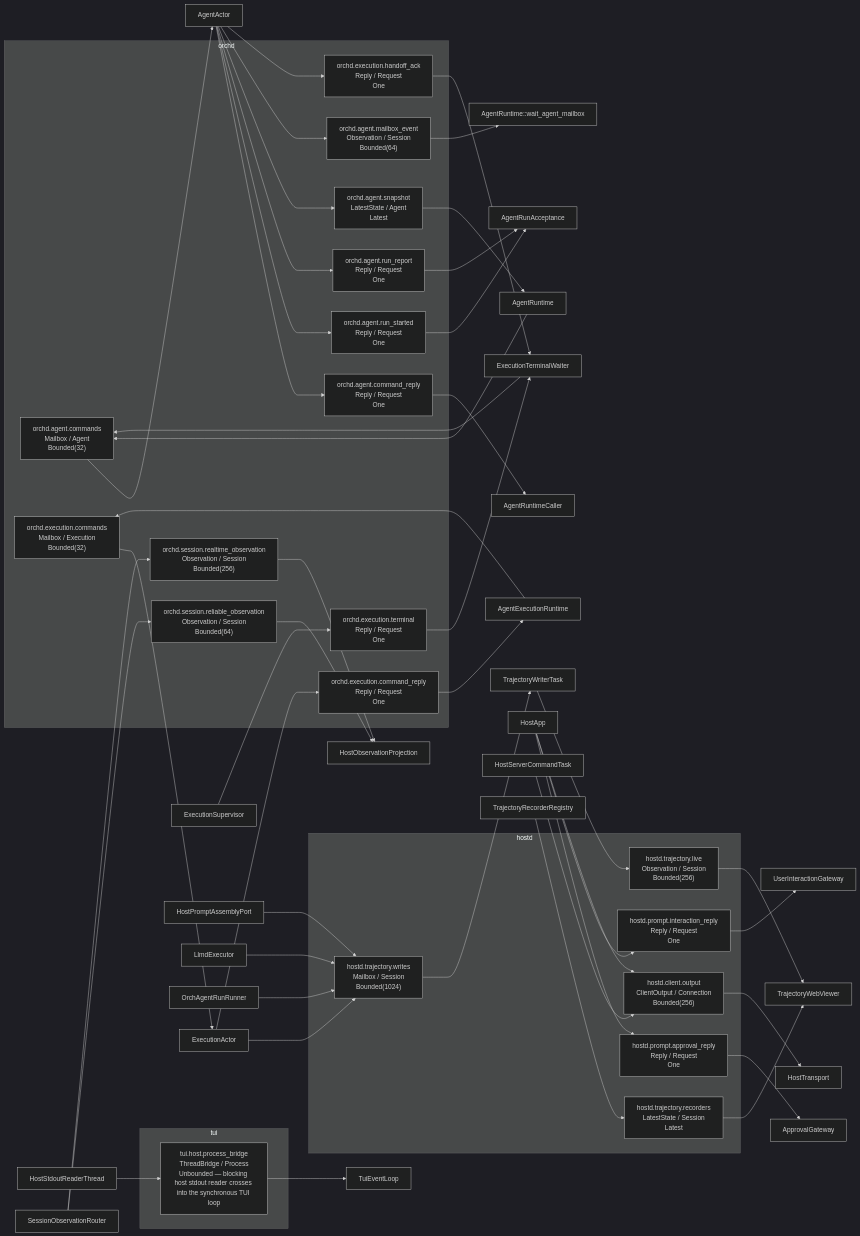
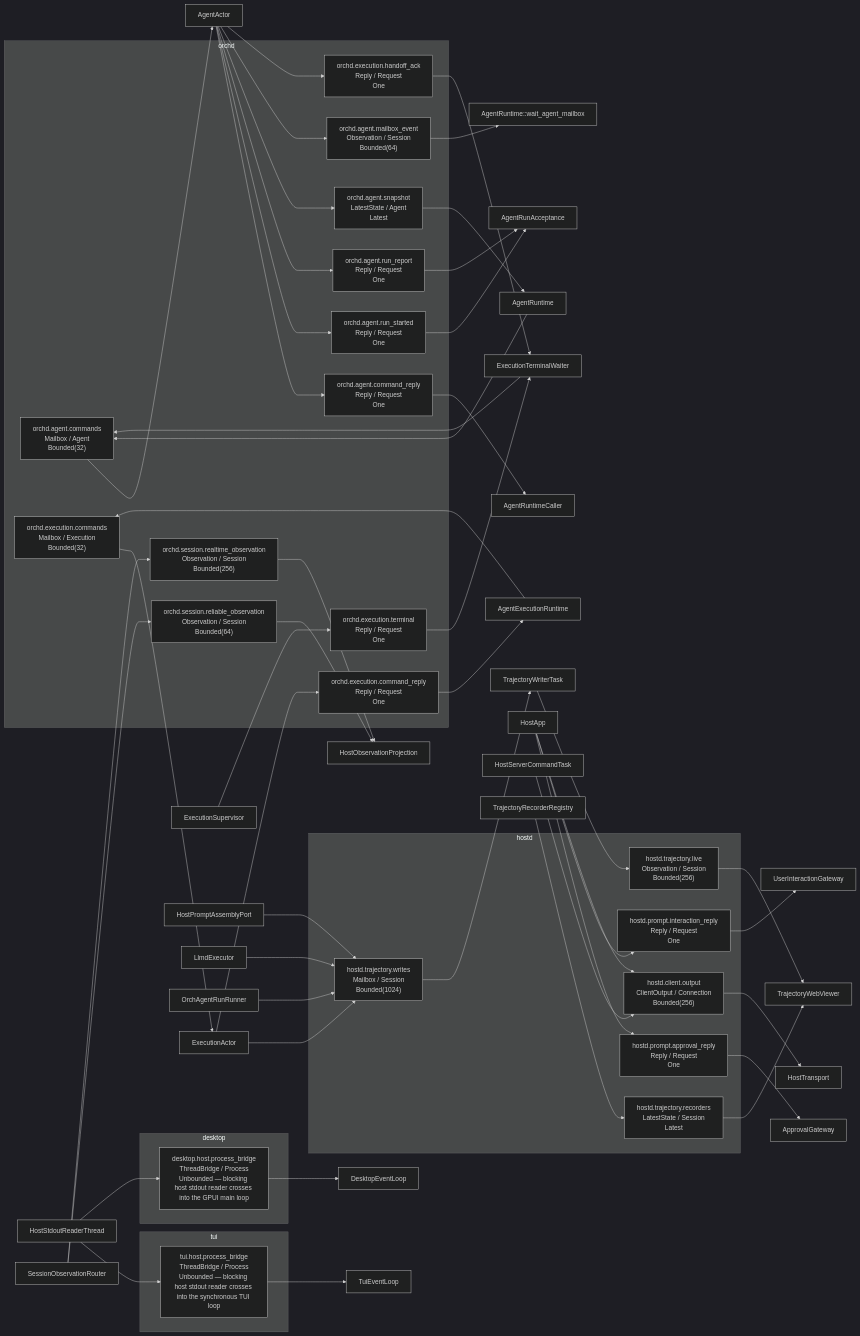
The diagram in docs/generated/communication-topology.md (biuld/piko), drawn with Mermaid (dark theme) before and after one commit. The commit also changed 38 other files, not shown here.

First line of the commit message:
feat(desktop): add macOS GPUI shell over hostd (F-42, D-59)

````diff
--- a/docs/generated/communication-topology.md
+++ b/docs/generated/communication-topology.md
@@ -5,5 +5,8 @@
 ```mermaid
 flowchart LR
+    subgraph desktop["desktop"]
+        ndesktop_host_process_bridge["desktop.host.process_bridge<br/>ThreadBridge / Process<br/>Unbounded — blocking host stdout reader crosses into the GPUI main loop"]
+    end
     subgraph hostd["hostd"]
         nhostd_prompt_approval_reply["hostd.prompt.approval_reply<br/>Reply / Request<br/>One"]
         nhostd_prompt_interaction_reply["hostd.prompt.interaction_reply<br/>Reply / Request<br/>One"]
@@ -36,6 +39,7 @@
     ncomponent_AgentRuntime__wait_agent_mailbox["AgentRuntime::wait_agent_mailbox"]
     ncomponent_AgentRuntimeCaller["AgentRuntimeCaller"]
     ncomponent_ApprovalGateway["ApprovalGateway"]
+    ncomponent_DesktopEventLoop["DesktopEventLoop"]
     ncomponent_ExecutionActor["ExecutionActor"]
     ncomponent_ExecutionSupervisor["ExecutionSupervisor"]
     ncomponent_ExecutionTerminalWaiter["ExecutionTerminalWaiter"]
@@ -84,6 +88,8 @@
     nhostd_prompt_interaction_reply --> ncomponent_UserInteractionGateway
     ncomponent_HostStdoutReaderThread --> ntui_host_process_bridge
     ntui_host_process_bridge --> ncomponent_TuiEventLoop
+    ncomponent_HostStdoutReaderThread --> ndesktop_host_process_bridge
+    ndesktop_host_process_bridge --> ncomponent_DesktopEventLoop
     ncomponent_HostApp --> nhostd_client_output
     ncomponent_HostServerCommandTask --> nhostd_client_output
     nhostd_client_output --> ncomponent_HostTransport
````
